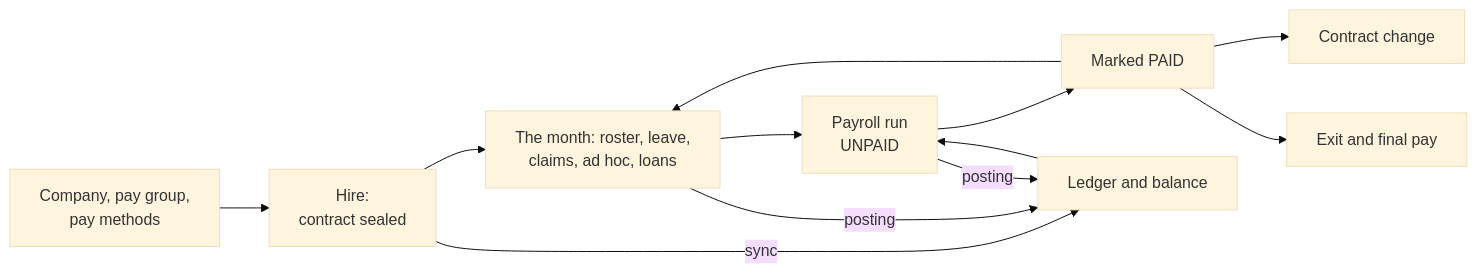
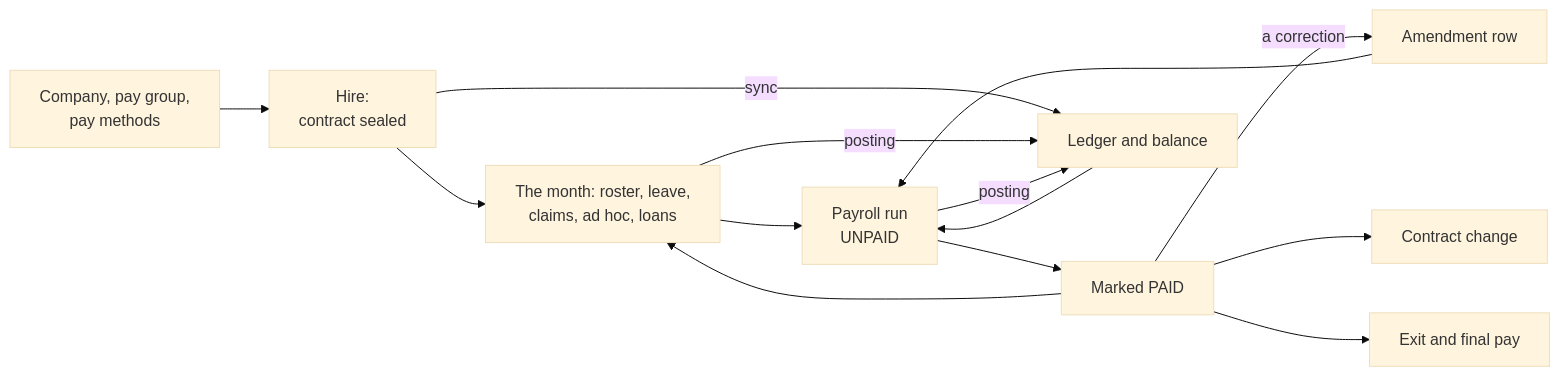
One commit to norbital-ai/templates changed the first of 3 diagrams in hr-payroll/docs/0008-mechanisms-walkthrough.md. Above: the diagram before and after it, drawn with Mermaid (base theme). The commit also changed other lines of this file and 773 other files, not shown here.

````diff
--- a/hr-payroll/docs/0008-mechanisms-walkthrough.md
+++ b/hr-payroll/docs/0008-mechanisms-walkthrough.md
@@ -14,14 +14,16 @@
 ```mermaid
 flowchart LR
   setup[Company, pay group,<br/>pay methods] --> hire[Hire:<br/>contract sealed]
   hire --> month[The month: roster, leave,<br/>claims, ad hoc, loans]
   month --> run[Payroll run<br/>UNPAID]
   run --> paid[Marked PAID]
   paid --> month
   hire -- sync --> balance[Ledger and balance]
   month -- posting --> balance
   run -- posting --> balance
   balance --> run
+  paid -- a correction --> amend[Amendment row]
+  amend --> run
   paid --> change[Contract change]
   paid --> exit[Exit and final pay]
 ```
````
